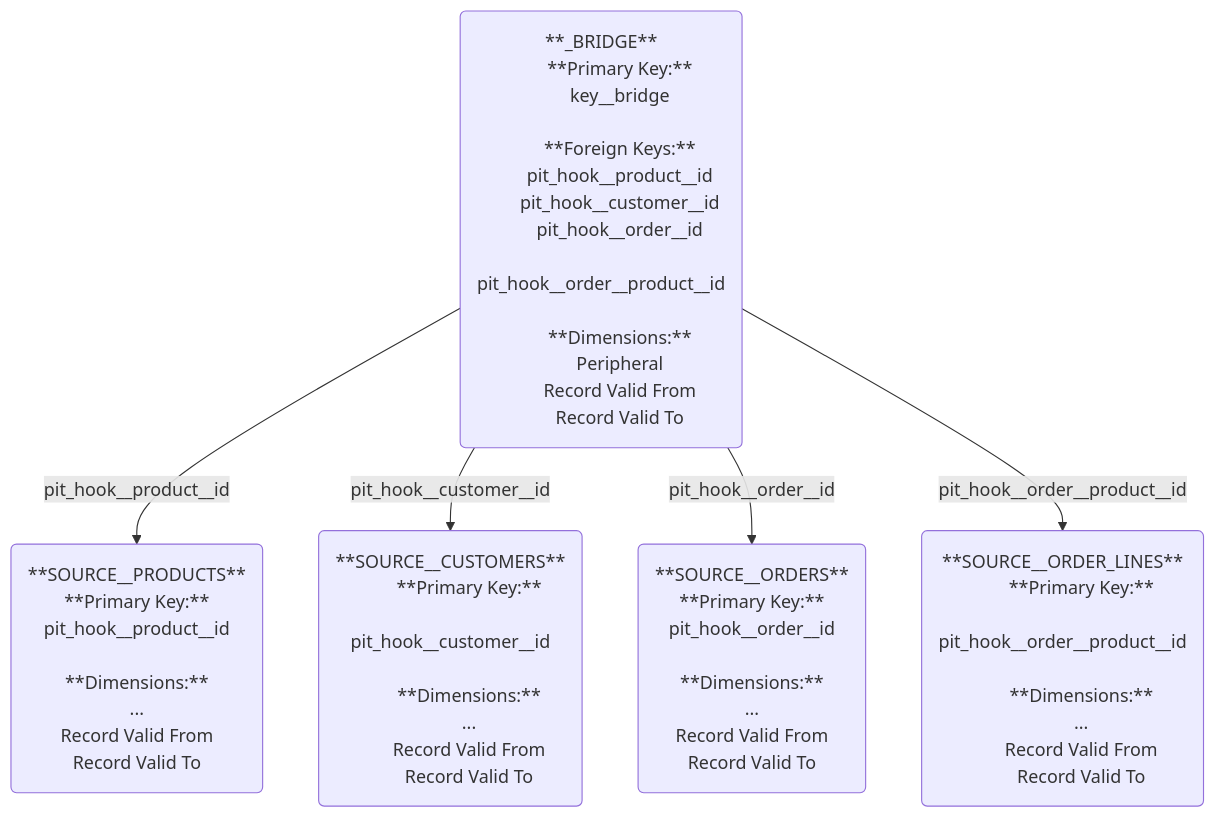
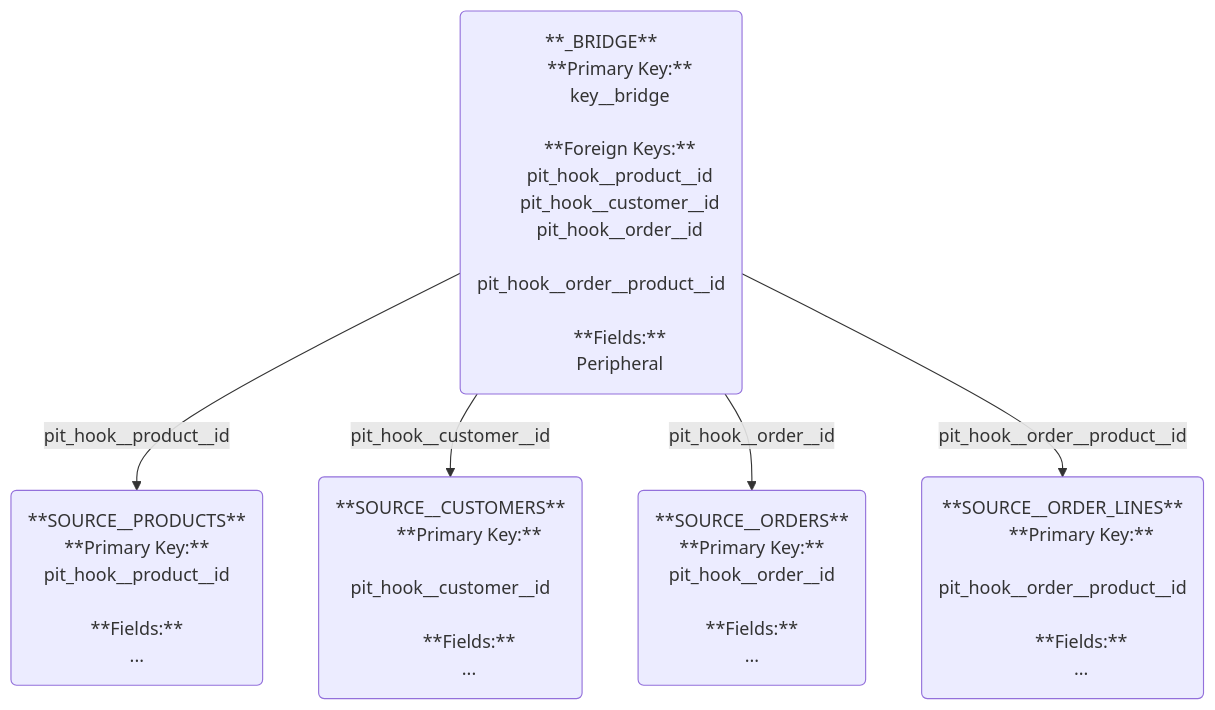
One commit to mattiasthalen/hook-forge changed the second of 2 diagrams in test/fixtures/documentation.md. Above: the diagram before and after it, drawn with Mermaid. The commit also changed other lines of this file and 1 other file, not shown here.

Commit message:
Make the journal function fully dynamic

````diff
--- a/test/fixtures/documentation.md
+++ b/test/fixtures/documentation.md
@@ -54,70 +65,60 @@
 ```mermaid
 flowchart TD
     %% Entities
     bridge("
         **_BRIDGE**
         **Primary Key:**
         key__bridge
         &nbsp;
         **Foreign Keys:**
         pit_hook__product__id
         pit_hook__customer__id
         pit_hook__order__id
         pit_hook__order__product__id
         &nbsp;
-        **Dimensions:**
+        **Fields:**
         Peripheral
-        Record Valid From
-        Record Valid To
     ")
     source__products("
         **SOURCE__PRODUCTS**
         **Primary Key:**
         pit_hook__product__id
         &nbsp;
-        **Dimensions:**
+        **Fields:**
         ...
-        Record Valid From
-        Record Valid To
     ")
 
     source__customers("
         **SOURCE__CUSTOMERS**
         **Primary Key:**
         pit_hook__customer__id
         &nbsp;
-        **Dimensions:**
+        **Fields:**
         ...
-        Record Valid From
-        Record Valid To
     ")
 
     source__orders("
         **SOURCE__ORDERS**
         **Primary Key:**
         pit_hook__order__id
         &nbsp;
-        **Dimensions:**
+        **Fields:**
         ...
-        Record Valid From
-        Record Valid To
     ")
 
     source__order_lines("
         **SOURCE__ORDER_LINES**
         **Primary Key:**
         pit_hook__order__product__id
         &nbsp;
-        **Dimensions:**
+        **Fields:**
         ...
-        Record Valid From
-        Record Valid To
     ")
 
     %% Relations
     bridge -- pit_hook__product__id --> source__products
     bridge -- pit_hook__customer__id --> source__customers
     bridge -- pit_hook__order__id --> source__orders
     bridge -- pit_hook__order__product__id --> source__order_lines
 
 ```
````
